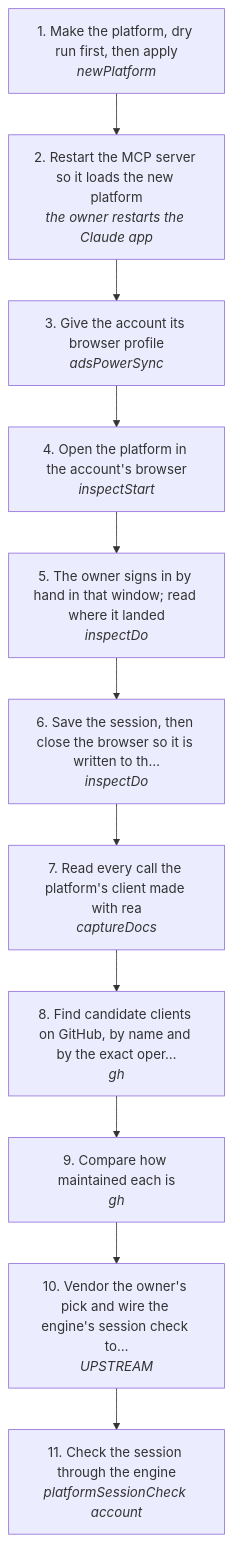
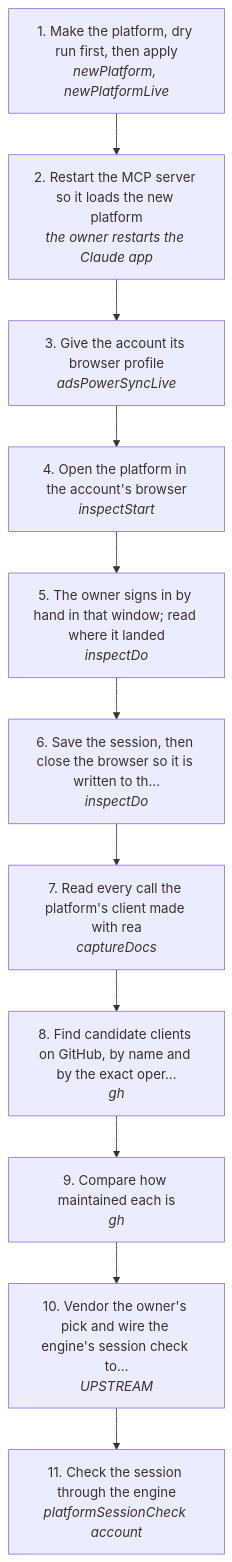
The diagram in docs/useCases/instagram/newPlatform.md (matthewdonsemail-lab/log), drawn with Mermaid before and after one commit. The commit also changed other lines of this file and 150 other files, not shown here.

````diff
--- a/docs/useCases/instagram/newPlatform.md
+++ b/docs/useCases/instagram/newPlatform.md
@@ -14,24 +14,24 @@
 ```mermaid
 flowchart TD
-  s0["1. Make the platform, dry run first, then apply<br/><i>newPlatform</i>"]
+  s0["1. Make the platform, dry run first, then apply<br/><i>newPlatform, newPlatformLive</i>"]
   s1["2. Restart the MCP server so it loads the new platform<br/><i>the owner restarts the Claude app</i>"]
-  s2["3. Give the account its browser profile<br/><i>adsPowerSync</i>"]
+  s2["3. Give the account its browser profile<br/><i>adsPowerSyncLive</i>"]
   s3["4. Open the platform in the account's browser<br/><i>inspectStart</i>"]
   s4["5. The owner signs in by hand in that window; read where it landed<br/><i>inspectDo</i>"]
   s5["6. Save the session, then close the browser so it is written to th…<br/><i>inspectDo</i>"]
   s6["7. Read every call the platform's client made with rea<br/><i>captureDocs</i>"]
   s7["8. Find candidate clients on GitHub, by name and by the exact oper…<br/><i>gh</i>"]
   s8["9. Compare how maintained each is<br/><i>gh</i>"]
   s9["10. Vendor the owner's pick and wire the engine's session check to…<br/><i>UPSTREAM</i>"]
   s10["11. Check the session through the engine<br/><i>platformSessionCheck account</i>"]
   s0 --> s1
   s1 --> s2
   s2 --> s3
   s3 --> s4
   s4 --> s5
   s5 --> s6
   s6 --> s7
   s7 --> s8
   s8 --> s9
   s9 --> s10
 ```
````
